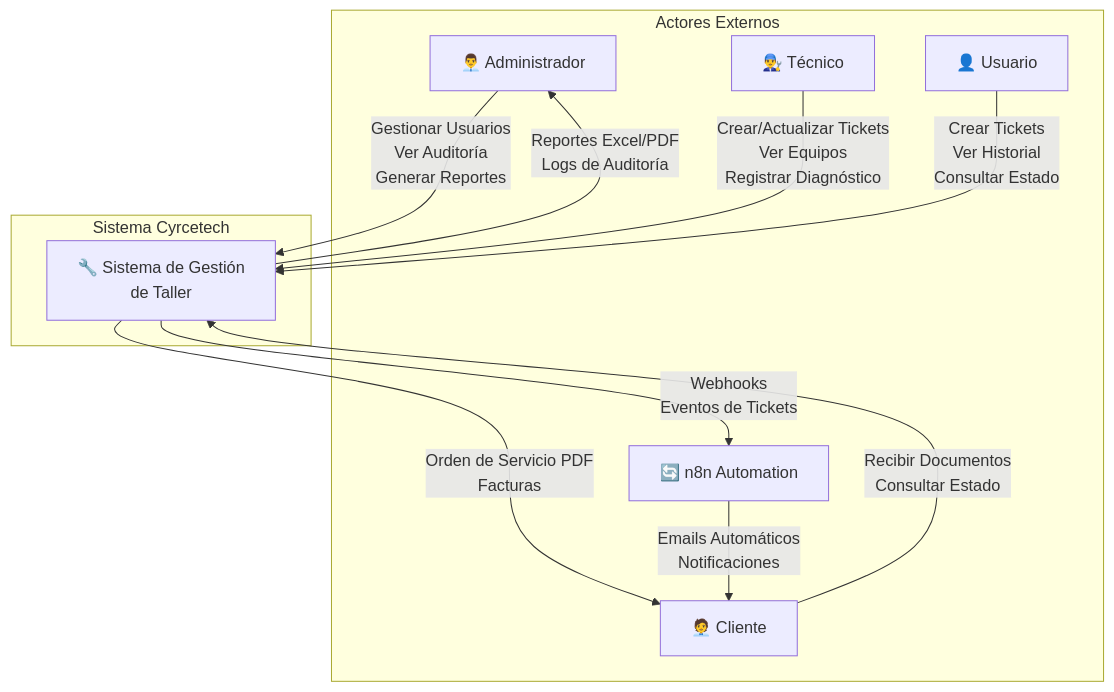
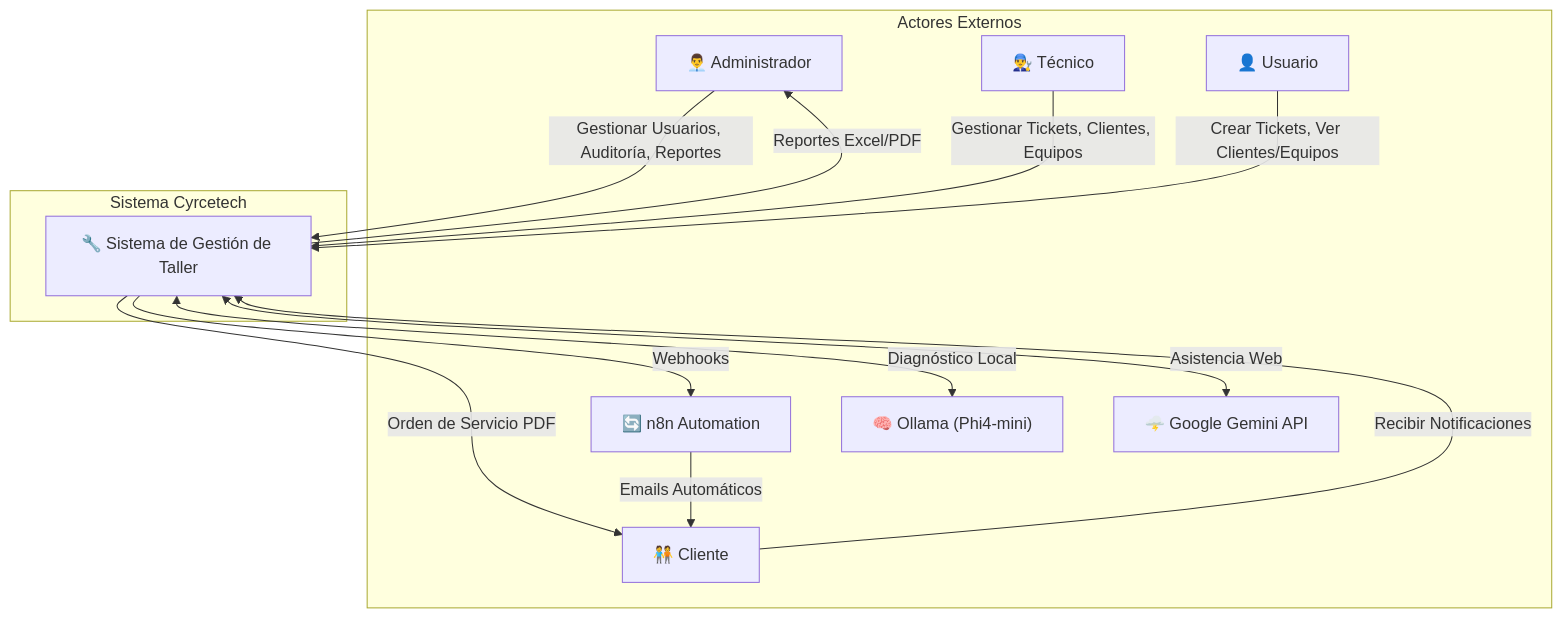
Before and after one commit to enri312/cyrcetech: the first of 7 diagrams in project_manual.md, drawn with Mermaid. The commit also changed other lines of this file and 47 other files, not shown here.

````diff
--- a/project_manual.md
+++ b/project_manual.md
@@ -20,24 +35,28 @@
 ```mermaid
 graph TB
     subgraph Actores Externos
         Admin["👨‍💼 Administrador"]
         Tech["👨‍🔧 Técnico"]
         User["👤 Usuario"]
-        Customer["🧑‍💼 Cliente"]
+        Customer["🧑‍🤝‍🧑 Cliente"]
         N8N["🔄 n8n Automation"]
+        AI_Local["🧠 Ollama (Phi4-mini)"]
+        AI_Cloud["🌩️ Google Gemini API"]
     end
 
     subgraph Sistema Cyrcetech
-        SYS["🔧 Sistema de Gestión<br/>de Taller"]
+        SYS["🔧 Sistema de Gestión de Taller"]
     end
 
-    Admin -->|"Gestionar Usuarios<br/>Ver Auditoría<br/>Generar Reportes"| SYS
-    Tech -->|"Crear/Actualizar Tickets<br/>Ver Equipos<br/>Registrar Diagnóstico"| SYS
-    User -->|"Crear Tickets<br/>Ver Historial<br/>Consultar Estado"| SYS
-    Customer -->|"Recibir Documentos<br/>Consultar Estado"| SYS
+    Admin -->|"Gestionar Usuarios, Auditoría, Reportes"| SYS
+    Tech -->|"Gestionar Tickets, Clientes, Equipos"| SYS
+    User -->|"Crear Tickets, Ver Clientes/Equipos"| SYS
+    Customer -->|"Recibir Notificaciones"| SYS
     
-    SYS -->|"Reportes Excel/PDF<br/>Logs de Auditoría"| Admin
-    SYS -->|"Orden de Servicio PDF<br/>Facturas"| Customer
-    SYS -->|"Webhooks<br/>Eventos de Tickets"| N8N
-    N8N -->|"Emails Automáticos<br/>Notificaciones"| Customer
+    SYS -->|"Reportes Excel/PDF"| Admin
+    SYS -->|"Orden de Servicio PDF"| Customer
+    SYS -->|"Webhooks"| N8N
+    SYS <-->|"Diagnóstico Local"| AI_Local
+    SYS <-->|"Asistencia Web"| AI_Cloud
+    N8N -->|"Emails Automáticos"| Customer
 ```
````
